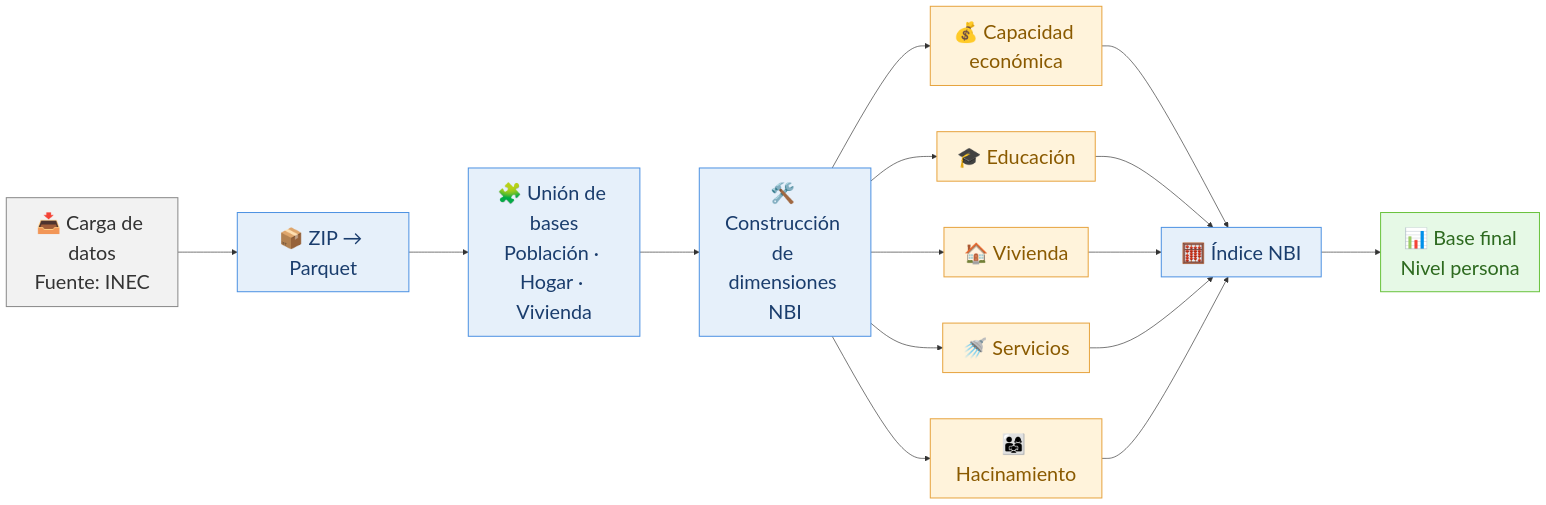
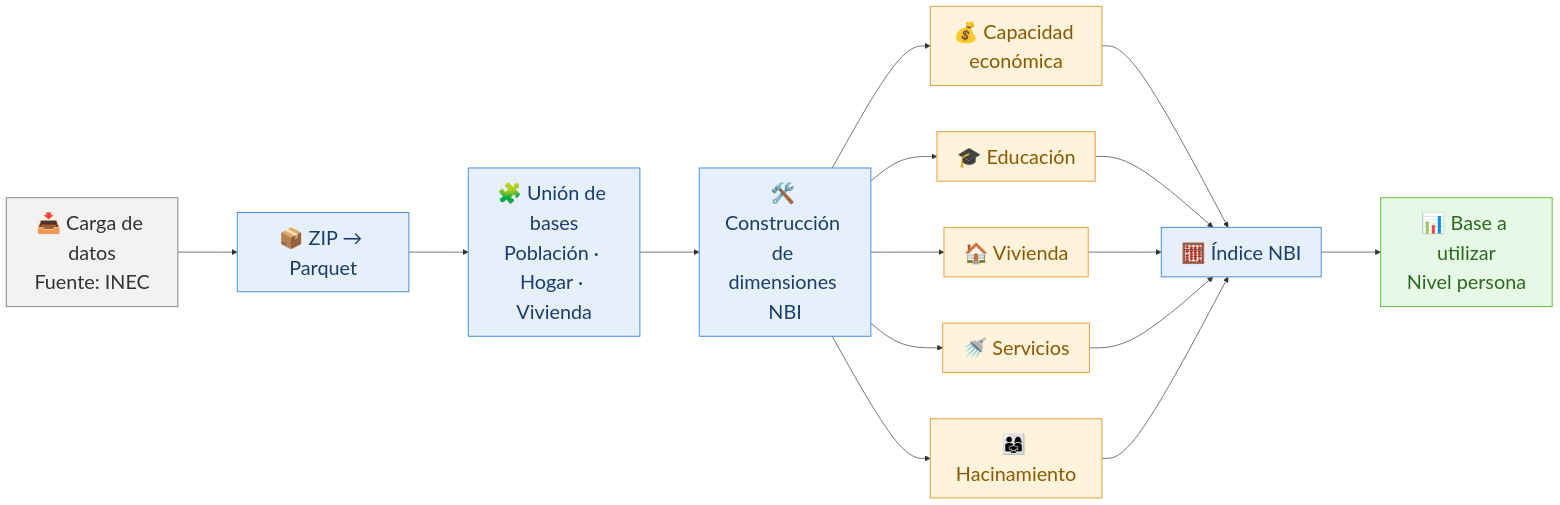
Before and after one commit to kalbujas-spec/Proyecto_final_NBI: the diagram in data_cleaning.qmd, drawn with Mermaid. The commit also changed other lines of this file and 7 other files, not shown here.

````diff
--- a/data_cleaning.qmd
+++ b/data_cleaning.qmd
@@ -19,48 +19,48 @@
 ```{mermaid}
 %%{init: {
   'themeVariables': { 
     'fontSize': '30px'
   },
   'flowchart': {
     'nodeSpacing': 70,
     'rankSpacing': 90,
     'curve': 'basis'
   }
 }}%%
 flowchart LR
 
 classDef etapa fill:#f2f2f2,stroke:#888,stroke-width:1.5px,color:#333;
 classDef proceso fill:#e6f0fa,stroke:#4a90e2,stroke-width:1.5px,color:#1a3d6d;
 classDef dim fill:#fff3db,stroke:#e6a23c,stroke-width:1.5px,color:#8a5a00;
 classDef final fill:#e6f9e6,stroke:#67c23a,stroke-width:1.5px,color:#2d6a1f;
 
 A["📥 Carga de datos<br/>Fuente: INEC"]:::etapa
 B["📦 ZIP → Parquet"]:::proceso
 C["🧩 Unión de bases<br/>Población · Hogar · Vivienda"]:::proceso
 D["🛠️ Construcción de dimensiones NBI"]:::proceso
 
 D1["💰 Capacidad económica"]:::dim
 D2["🎓 Educación"]:::dim
 D3["🏠 Vivienda"]:::dim
 D4["🚿 Servicios"]:::dim
 D5["👨‍👩‍👧 Hacinamiento"]:::dim
 
 E["🧮 Índice NBI"]:::proceso
-F["📊 Base final<br/>Nivel persona"]:::final
+F["📊 Base a utilizar<br/>Nivel persona"]:::final
 
 A --> B --> C --> D
 
 D --> D1
 D --> D2
 D --> D3
 D --> D4
 D --> D5
 
 D1 --> E
 D2 --> E
 D3 --> E
 D4 --> E
 D5 --> E
 
 E --> F
 ```
````
